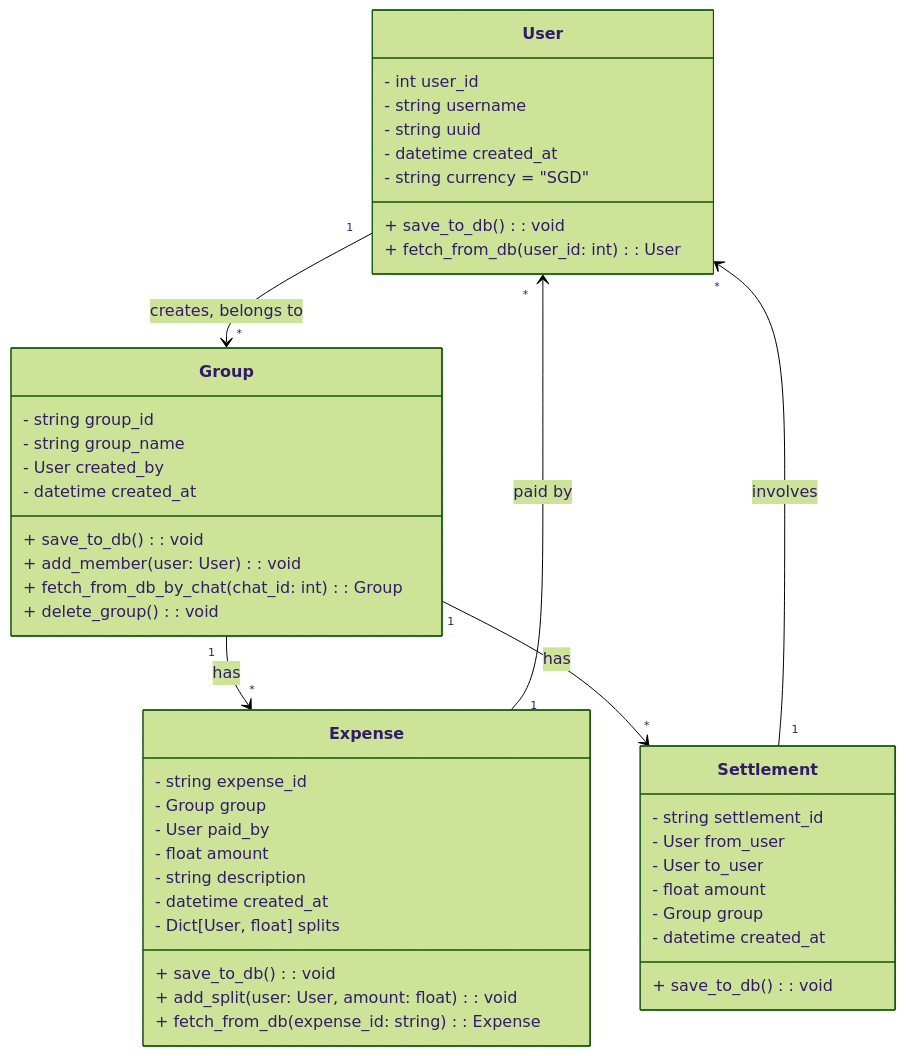
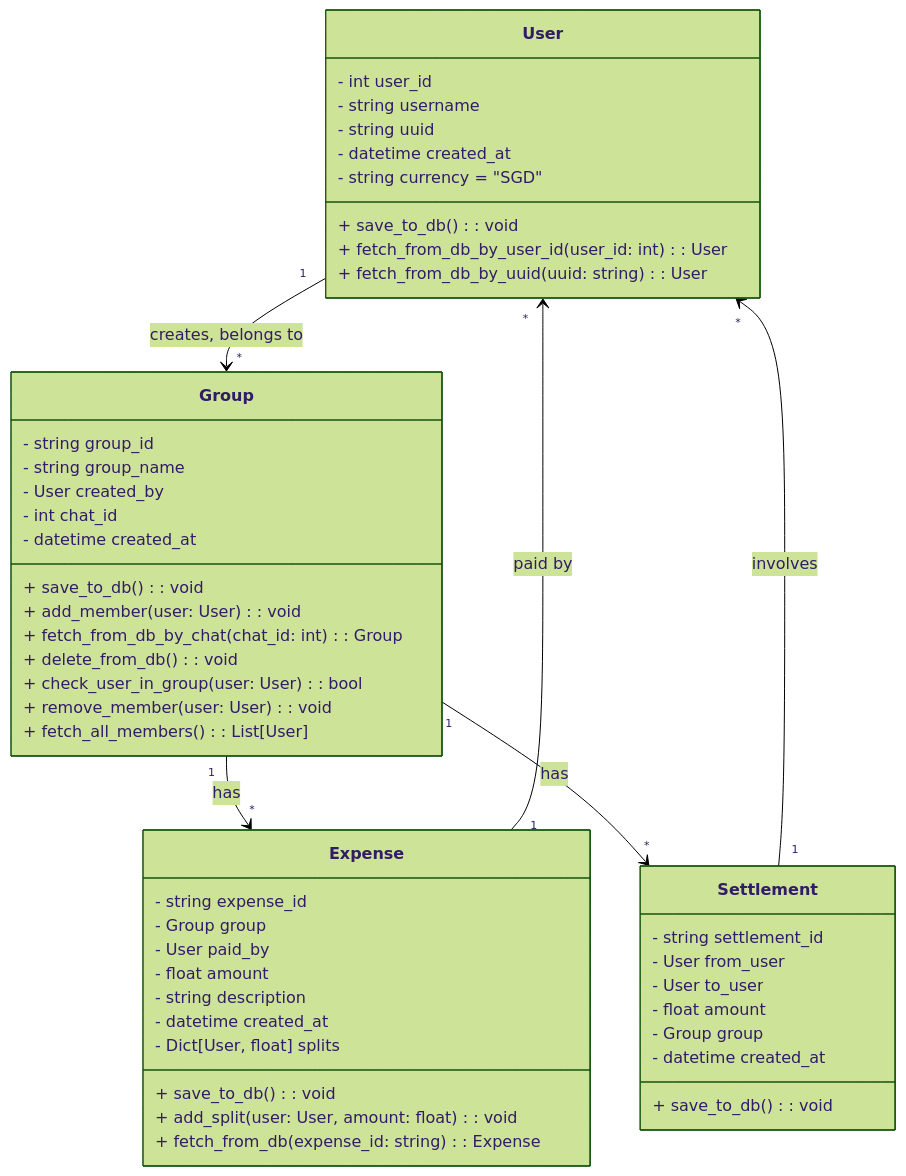
One commit to davidchanwz/coconutsplit changed the second of 2 diagrams in README.md. Above: the diagram before and after it, drawn with Mermaid (forest theme).

````diff
--- a/README.md
+++ b/README.md
@@ -215,53 +215,58 @@
 ```mermaid
 
 classDiagram
     class User {
         - int user_id
         - string username
         - string uuid
         - datetime created_at
         - string currency = "SGD"
         + save_to_db(): void
-        + fetch_from_db(user_id: int): User
+        + fetch_from_db_by_user_id(user_id: int): User
+        + fetch_from_db_by_uuid(uuid: string): User
     }
     
     class Group {
         - string group_id
         - string group_name
         - User created_by
+        - int chat_id
         - datetime created_at
         + save_to_db(): void
         + add_member(user: User): void
         + fetch_from_db_by_chat(chat_id: int): Group
-        + delete_group(): void
+        + delete_from_db(): void
+        + check_user_in_group(user: User): bool
+        + remove_member(user: User): void
+        + fetch_all_members(): List[User]
     }
 
     class Expense {
         - string expense_id
         - Group group
         - User paid_by
         - float amount
         - string description
         - datetime created_at
         - Dict[User, float] splits
         + save_to_db(): void
         + add_split(user: User, amount: float): void
         + fetch_from_db(expense_id: string): Expense
     }
 
     class Settlement {
         - string settlement_id
         - User from_user
         - User to_user
         - float amount
         - Group group
         - datetime created_at
         + save_to_db(): void
     }
 
     User "1" --> "*" Group : creates, belongs to
     Group "1" --> "*" Expense : has
     Expense "1" --> "*" User : paid by
     Group "1" --> "*" Settlement : has
     Settlement "1" --> "*" User : involves
 ```
````
